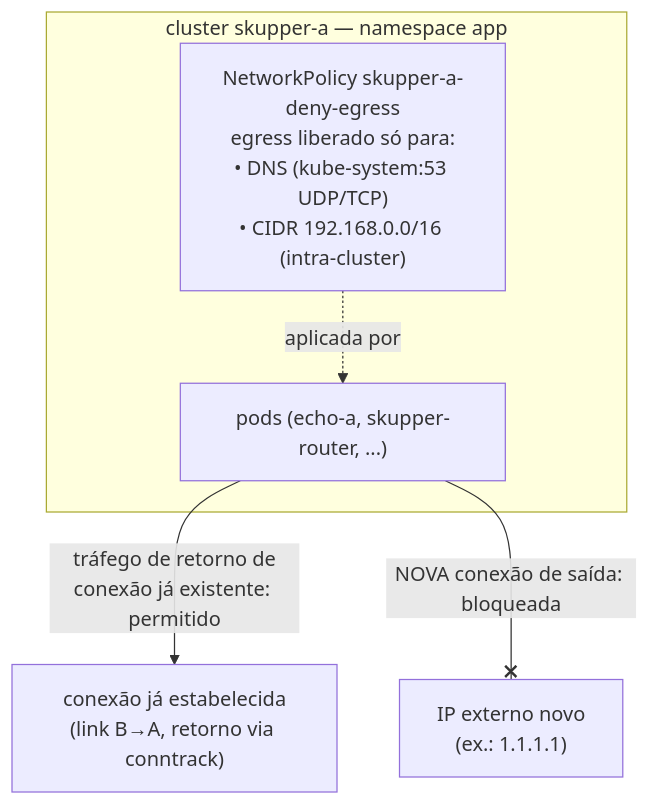
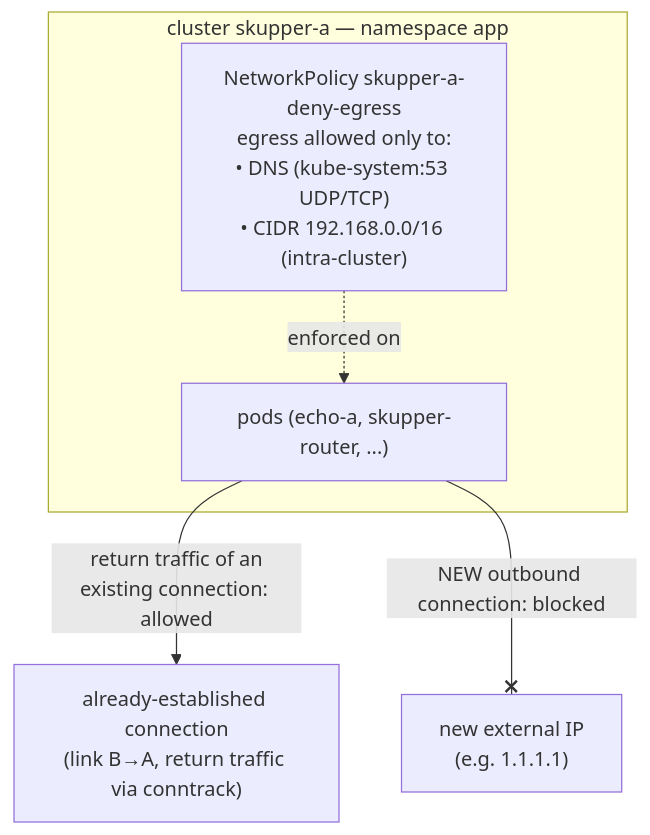
The sixth of 7 diagrams in docs/ARCHITECTURE.md (ericogr/poc-skupper), drawn with Mermaid before and after one commit. The commit also changed other lines of this file and 3 other files, not shown here.

First line of the commit message:
docs: adiciona versoes em ingles de README e ARCHITECTURE, PT-BR vira traducao

````diff
--- a/docs/ARCHITECTURE.md
+++ b/docs/ARCHITECTURE.md
@@ -225,13 +234,13 @@
 ```mermaid
 flowchart TB
     subgraph A["cluster skupper-a — namespace app"]
         pods["pods (echo-a, skupper-router, ...)"]
-        policy["NetworkPolicy skupper-a-deny-egress<br/>egress liberado só para:<br/>• DNS (kube-system:53 UDP/TCP)<br/>• CIDR 192.168.0.0/16 (intra-cluster)"]
+        policy["NetworkPolicy skupper-a-deny-egress<br/>egress allowed only to:<br/>• DNS (kube-system:53 UDP/TCP)<br/>• CIDR 192.168.0.0/16 (intra-cluster)"]
     end
-    established["conexão já estabelecida<br/>(link B→A, retorno via conntrack)"]
-    external["IP externo novo<br/>(ex.: 1.1.1.1)"]
+    established["already-established connection<br/>(link B→A, return traffic via conntrack)"]
+    external["new external IP<br/>(e.g. 1.1.1.1)"]
 
-    pods -- "tráfego de retorno de<br/>conexão já existente: permitido" --> established
-    pods -- "NOVA conexão de saída: bloqueada" --x external
-    policy -. aplicada por .-> pods
+    pods -- "return traffic of an<br/>existing connection: allowed" --> established
+    pods -- "NEW outbound connection: blocked" --x external
+    policy -. enforced on .-> pods
 ```
````
